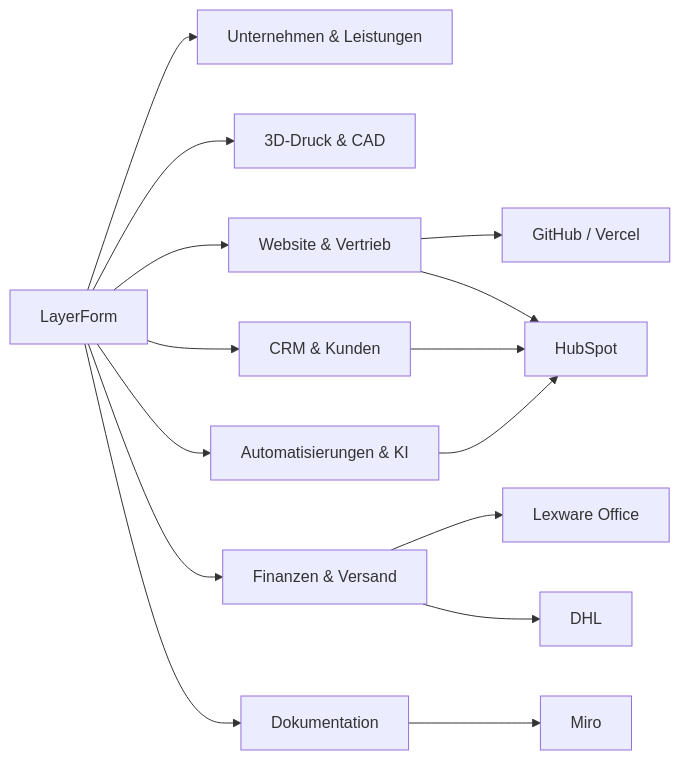
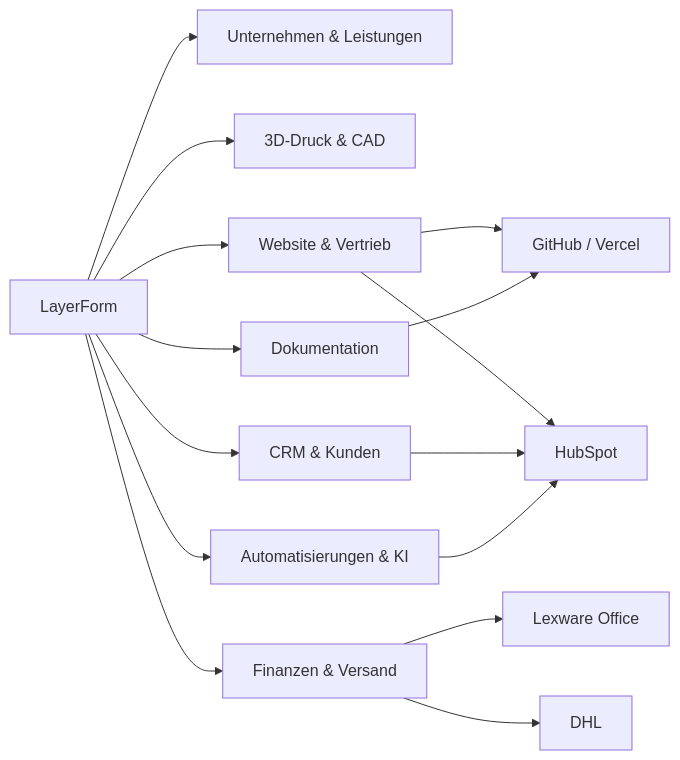
The diagram in docs/README.md (LayerInForm/LayerForm), drawn with Mermaid before and after one commit. The commit also changed other lines of this file, not shown here.

Commit message:
docs: Miro-Verweise entfernen und GitHub als Wissensbasis festlegen

````diff
--- a/docs/README.md
+++ b/docs/README.md
@@ -22,17 +22,17 @@
 ```mermaid
 flowchart LR
     L["LayerForm"] --> U["Unternehmen & Leistungen"]
     L --> P["3D-Druck & CAD"]
     L --> W["Website & Vertrieb"]
     L --> C["CRM & Kunden"]
     L --> F["Finanzen & Versand"]
     L --> A["Automatisierungen & KI"]
     L --> D["Dokumentation"]
     W --> GH["GitHub / Vercel"]
     W --> HS["HubSpot"]
     C --> HS
     F --> LX["Lexware Office"]
     F --> DHL["DHL"]
     A --> HS
-    D --> MI["Miro"]
+    D --> GH
 ```
````
